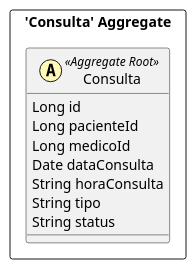
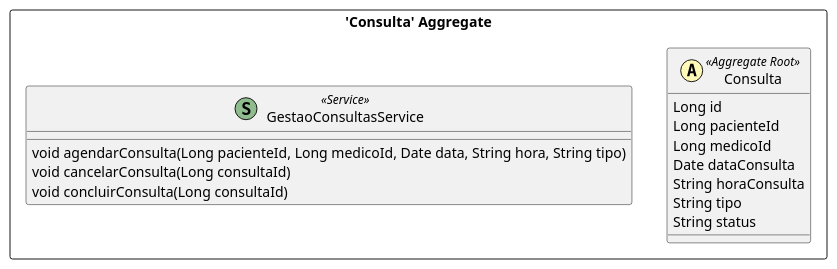
One commit to MiguelBecker/BeckerHealth changed the diagram in src-gen/BeckerHealth_BC_DominioConsultas_Consulta.puml. Above: the diagram before and after it, drawn with PlantUML. The commit also changed 9 other files, not shown here.

```diff
--- a/src-gen/BeckerHealth_BC_DominioConsultas_Consulta.puml
+++ b/src-gen/BeckerHealth_BC_DominioConsultas_Consulta.puml
@@ -1,18 +1,23 @@
 @startuml
 
 skinparam componentStyle uml2
 
 package "'Consulta' Aggregate" <<Rectangle>> {
 	class Consulta <<(A,#fffab8) Aggregate Root>> {
 		Long id
 		Long pacienteId
 		Long medicoId
 		Date dataConsulta
 		String horaConsulta
 		String tipo
 		String status
 	}
+	class GestaoConsultasService <<(S,DarkSeaGreen) Service>> {
+		void agendarConsulta(Long pacienteId, Long medicoId, Date data, String hora, String tipo)
+		void cancelarConsulta(Long consultaId)
+		void concluirConsulta(Long consultaId)
+	}
 }
 
 
 @enduml
```
